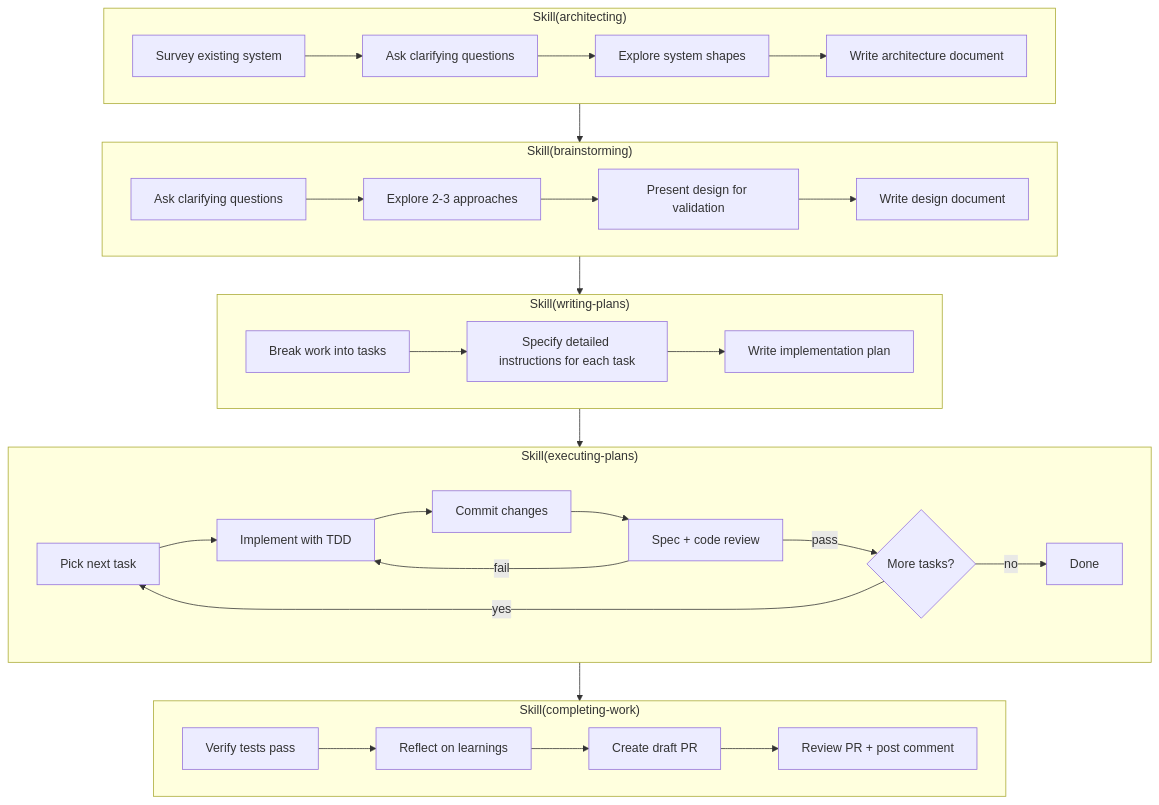
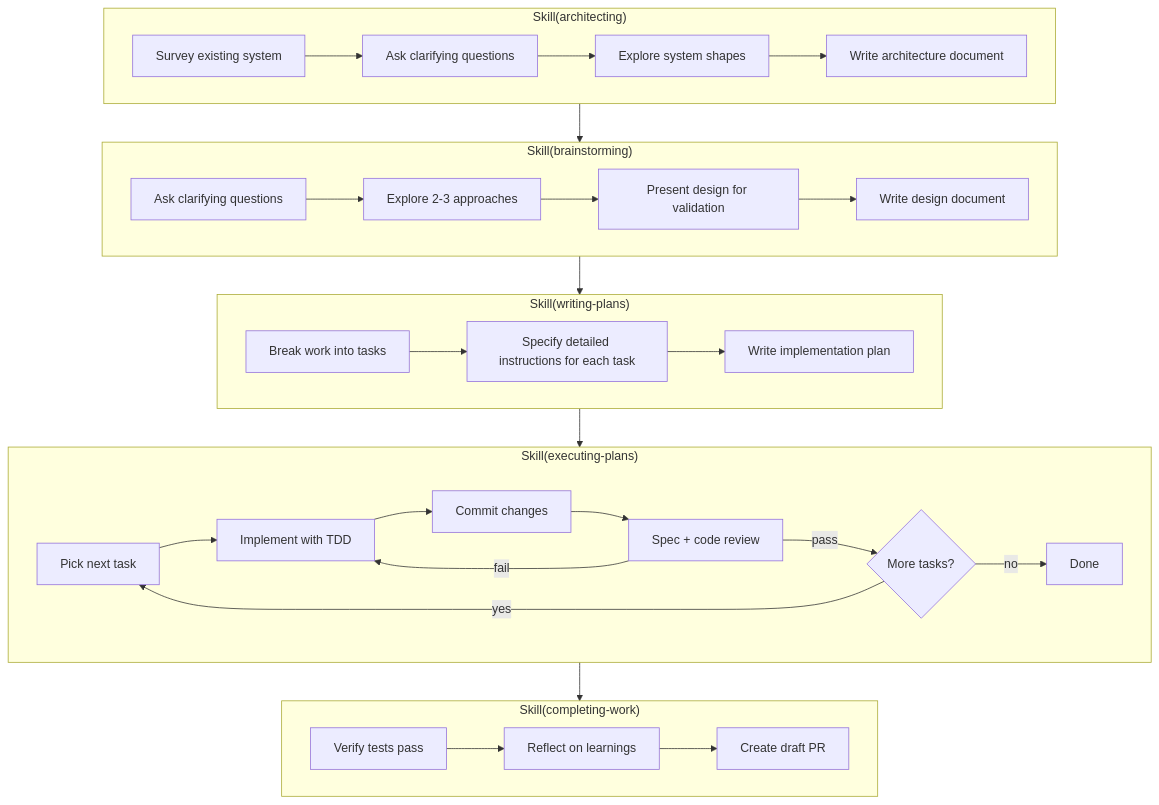
The diagram in README.md (averycrespi/claudefiles), drawn with Mermaid before and after one commit. The commit also changed 3 other files, not shown here.

````diff
--- a/README.md
+++ b/README.md
@@ -36,37 +36,36 @@
 ```mermaid
 flowchart TD
     subgraph Architecting["Skill(architecting)"]
         A1[Survey existing system] --> A2[Ask clarifying questions]
         A2 --> A3[Explore system shapes]
         A3 --> A4[Write architecture document]
     end
 
     subgraph Brainstorming["Skill(brainstorming)"]
         B1[Ask clarifying questions] --> B2[Explore 2-3 approaches]
         B2 --> B3[Present design for validation]
         B3 --> B4[Write design document]
     end
 
     subgraph Planning["Skill(writing-plans)"]
         P1[Break work into tasks] --> P2[Specify detailed instructions for each task]
         P2 --> P3[Write implementation plan]
     end
 
     subgraph Executing["Skill(executing-plans)"]
         E1[Pick next task] --> E2[Implement with TDD]
         E2 --> E3[Commit changes]
         E3 --> E4[Spec + code review]
         E4 -->|fail| E2
         E4 -->|pass| E5{More tasks?}
         E5 -->|yes| E1
         E5 -->|no| E6[Done]
     end
 
     subgraph Completing["Skill(completing-work)"]
         C1[Verify tests pass] --> C2[Reflect on learnings]
         C2 --> C3[Create draft PR]
-        C3 --> C4[Review PR + post comment]
     end
 
     Architecting --> Brainstorming --> Planning --> Executing --> Completing
 ```
````
